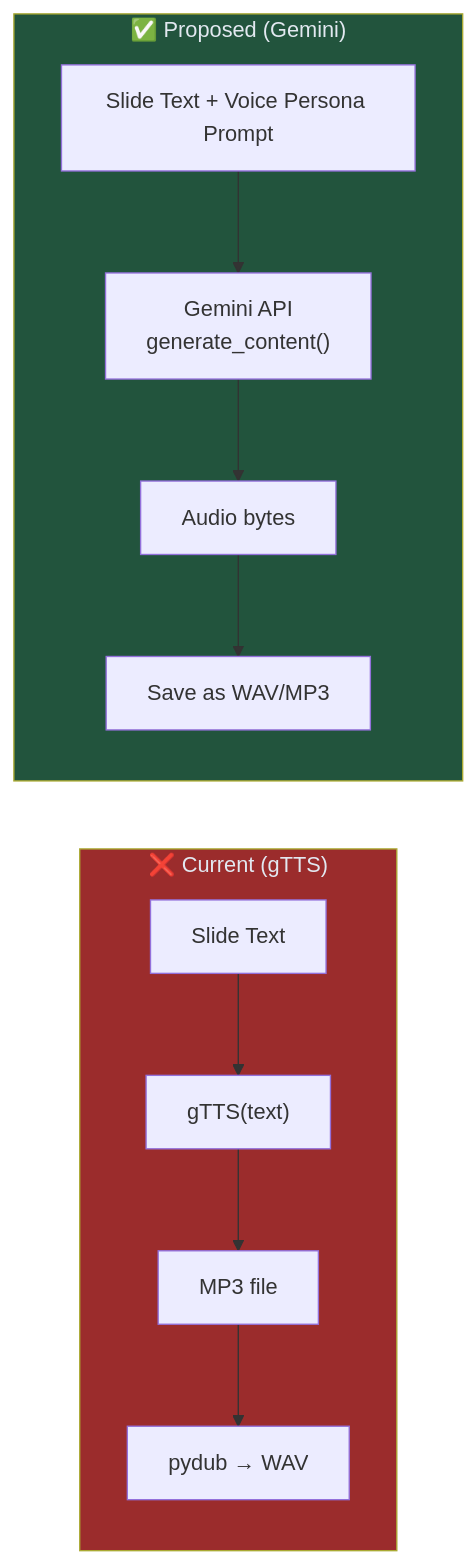
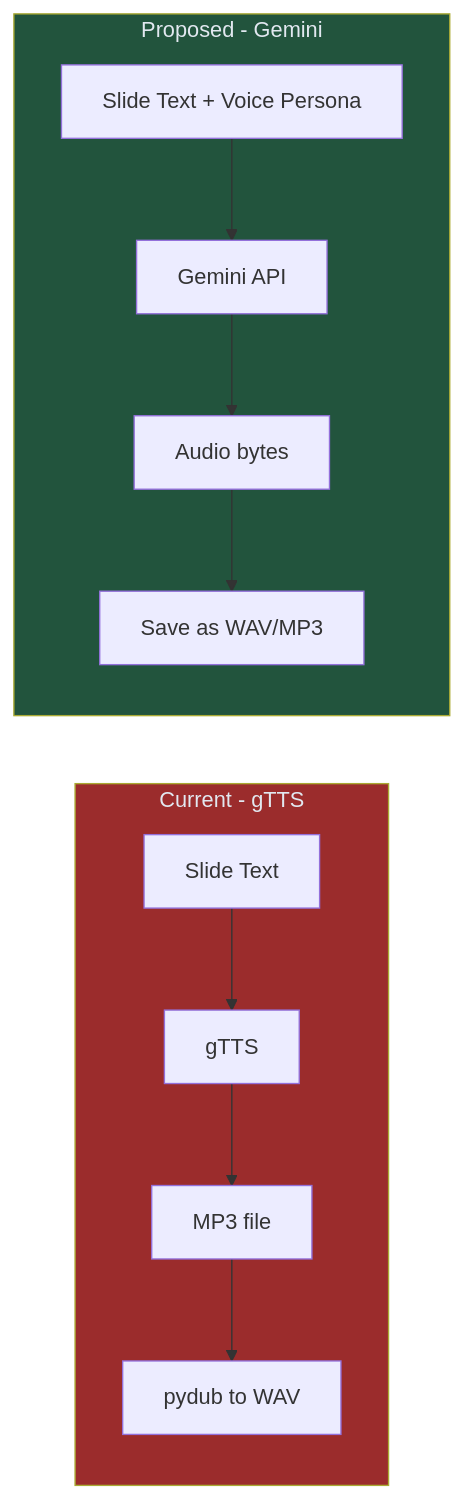
The diagram in specs/spec-01-tts-gemini.md (AbhinandanPun/dinopedia), drawn with Mermaid before and after one commit. The commit also changed other lines of this file and 5 other files, not shown here.

````diff
--- a/specs/spec-01-tts-gemini.md
+++ b/specs/spec-01-tts-gemini.md
@@ -36,15 +36,17 @@
 ```mermaid
 flowchart LR
-    subgraph Current["❌ Current (gTTS)"]
-        A1["Slide Text"] --> B1["gTTS(text)"] --> C1["MP3 file"]
-        C1 --> D1["pydub → WAV"]
+    subgraph Current["Current - gTTS"]
+        A1["Slide Text"] --> B1["gTTS"]
+        B1 --> C1["MP3 file"]
+        C1 --> D1["pydub to WAV"]
     end
 
-    subgraph Proposed["✅ Proposed (Gemini)"]
-        A2["Slide Text + Voice Persona Prompt"] --> B2["Gemini API\ngenerate_content()"] --> C2["Audio bytes"]
+    subgraph Proposed["Proposed - Gemini"]
+        A2["Slide Text + Voice Persona"] --> B2["Gemini API"]
+        B2 --> C2["Audio bytes"]
         C2 --> D2["Save as WAV/MP3"]
     end
 
     style Current fill:#9b2c2c,color:#e2e8f0
     style Proposed fill:#22543d,color:#e2e8f0
 ```
````
